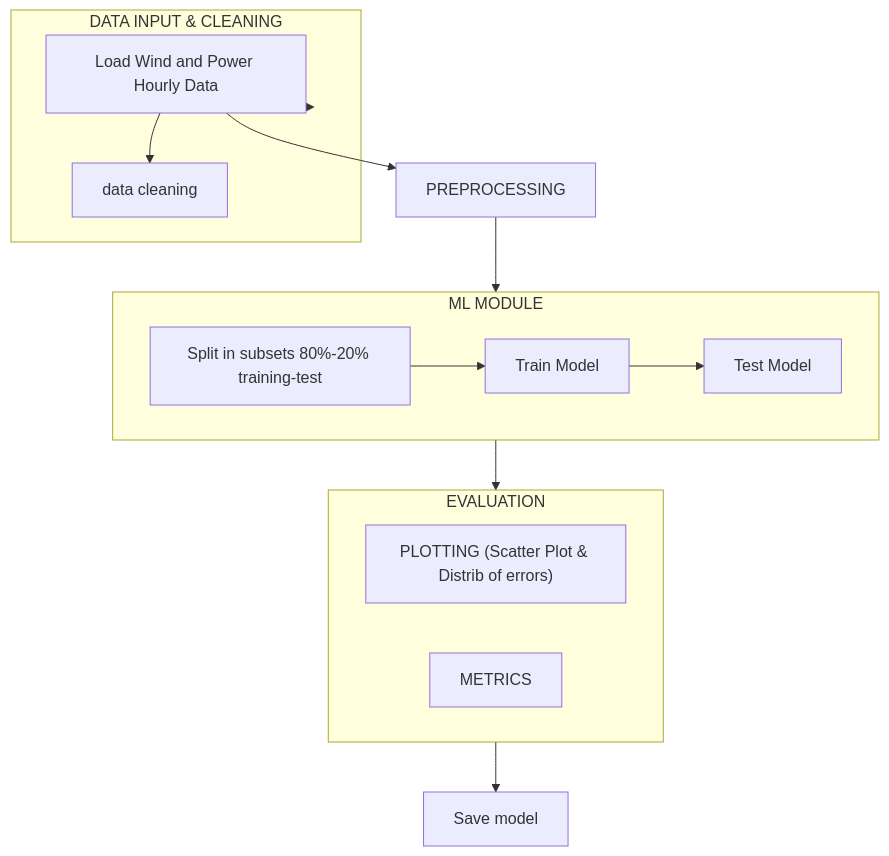
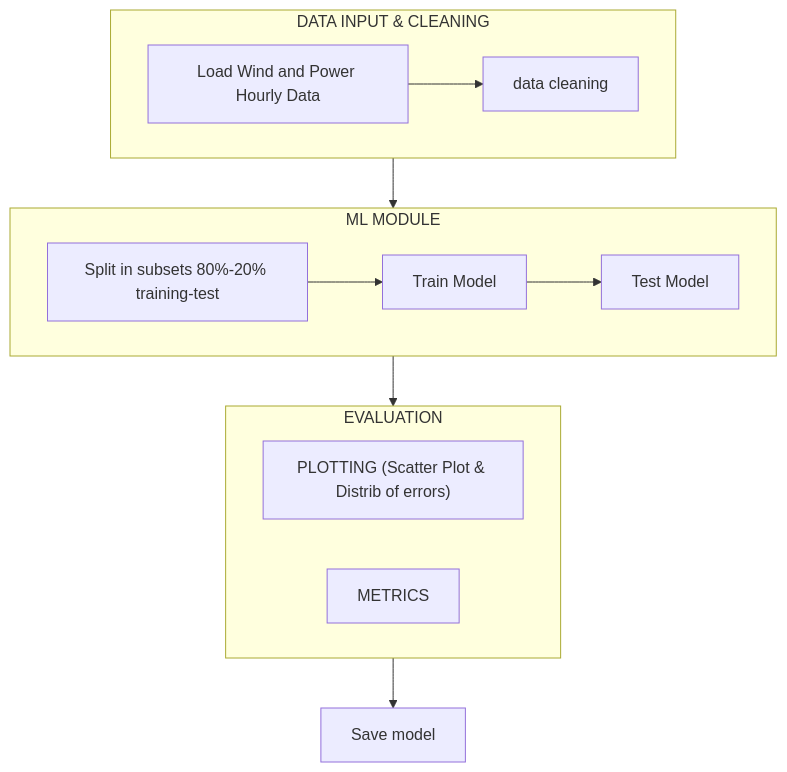
The diagram in README.md (stefano7-7/Project03_46W38), drawn with Mermaid before and after one commit.

Commit message:
flowchart streamlined

````diff
--- a/README.md
+++ b/README.md
@@ -42,22 +42,21 @@
 ```mermaid
 flowchart 
 subgraph INPUT ["DATA INPUT & CLEANING"]
     LOAD_DATA["Load Wind and Power Hourly Data"]
     PREPROCESS["data cleaning"]
     LOAD_DATA --> PREPROCESS
 end
 subgraph ML_BLOCK ["ML MODULE"]
     D["Split in subsets 80%-20% training-test"]
     E["Train Model"]
     F["Test Model"]
     D --> E --> F
 end
 subgraph EVALUATION["EVALUATION"]
     G1["PLOTTING (Scatter Plot & Distrib of errors)"]
     H1["METRICS"]
 end
 SAVE["Save model"] 
 
-INPUT --> LOAD_DATA --> PREPROCESSING
-PREPROCESSING --> ML_BLOCK --> EVALUATION --> SAVE
+INPUT --> ML_BLOCK --> EVALUATION --> SAVE
 ```
````
